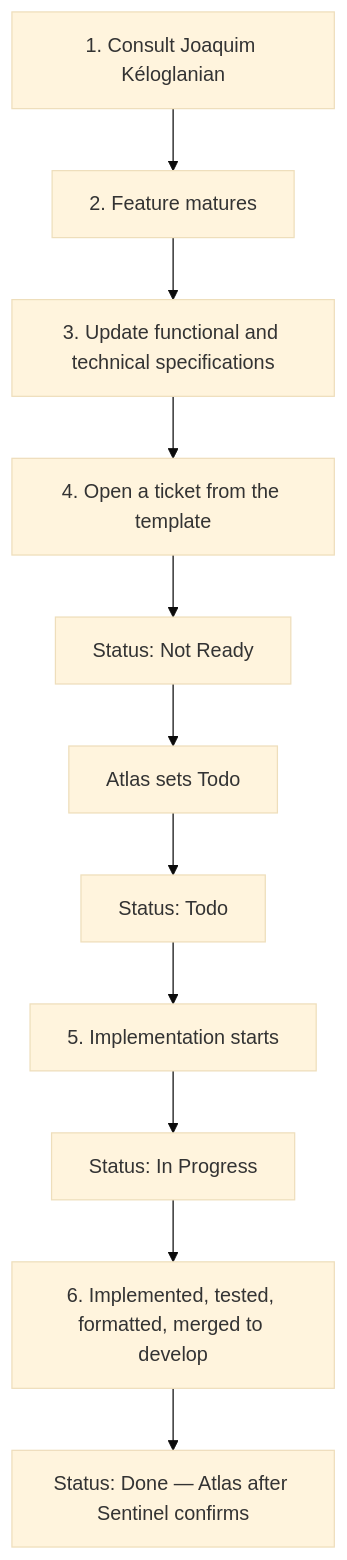
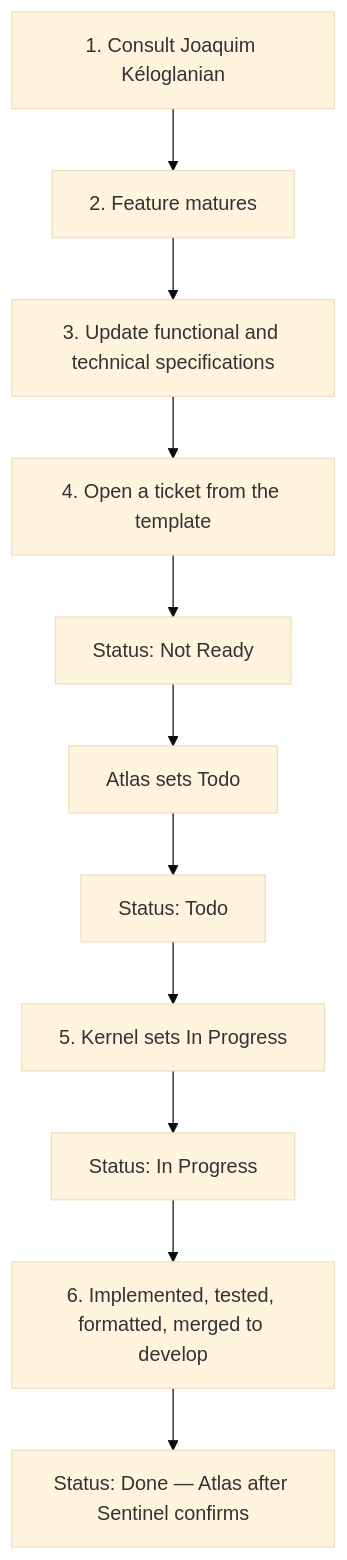
The diagram in 70-Engineering-practices/08-Feature-implementation.md (Projet-de-compensation-2025-2026/gym-buddy-documentation), drawn with Mermaid (base theme) before and after one commit. The commit also changed other lines of this file and 4 other files, not shown here.

Commit message:
Wiki: Kernel moves Todo to In Progress

````diff
--- a/70-Engineering-practices/08-Feature-implementation.md
+++ b/70-Engineering-practices/08-Feature-implementation.md
@@ -21,17 +22,17 @@
 ```mermaid
 flowchart TD
   consult[1. Consult Joaquim Kéloglanian]
   mature[2. Feature matures]
   specs[3. Update functional and technical specifications]
   ticket[4. Open a ticket from the template]
   notReady[Status: Not Ready]
   review[Atlas sets Todo]
   todo[Status: Todo]
-  start[5. Implementation starts]
+  start[5. Kernel sets In Progress]
   inProgress[Status: In Progress]
   land[6. Implemented, tested, formatted, merged to develop]
   done[Status: Done — Atlas after Sentinel confirms]
 
   consult --> mature --> specs --> ticket --> notReady
   notReady --> review --> todo --> start --> inProgress --> land --> done
 ```
````
